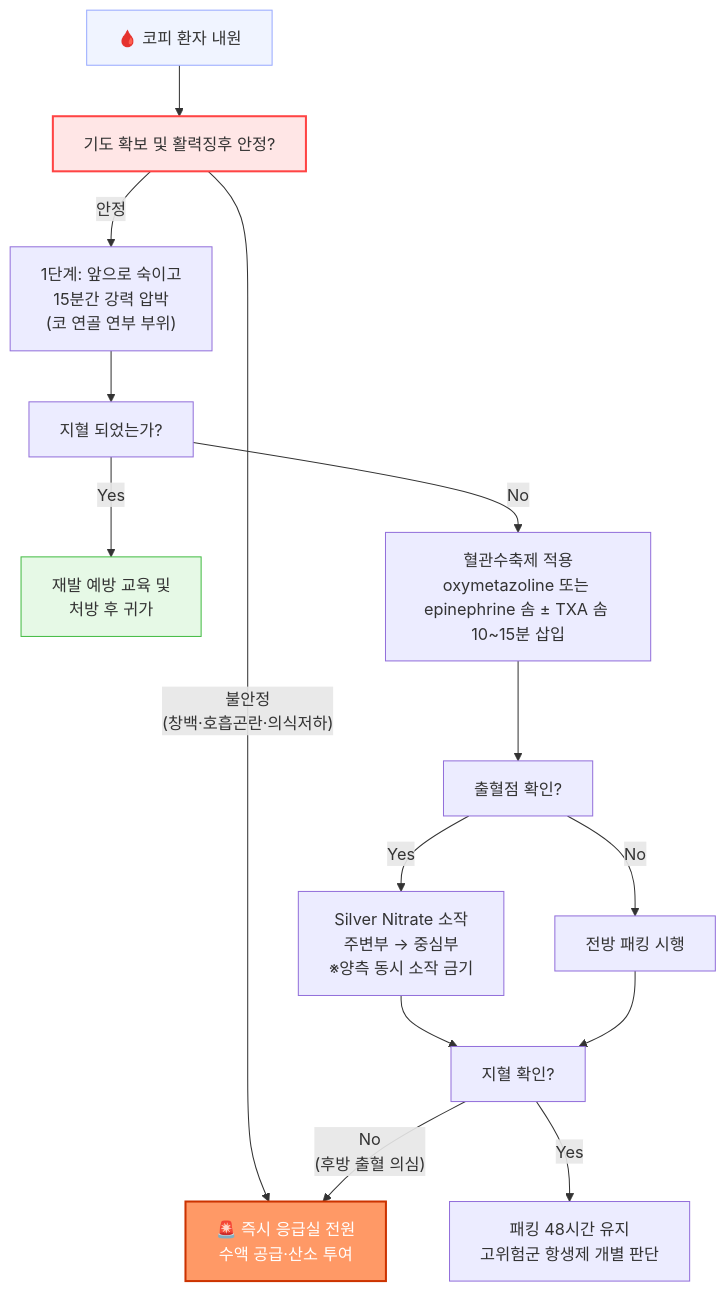
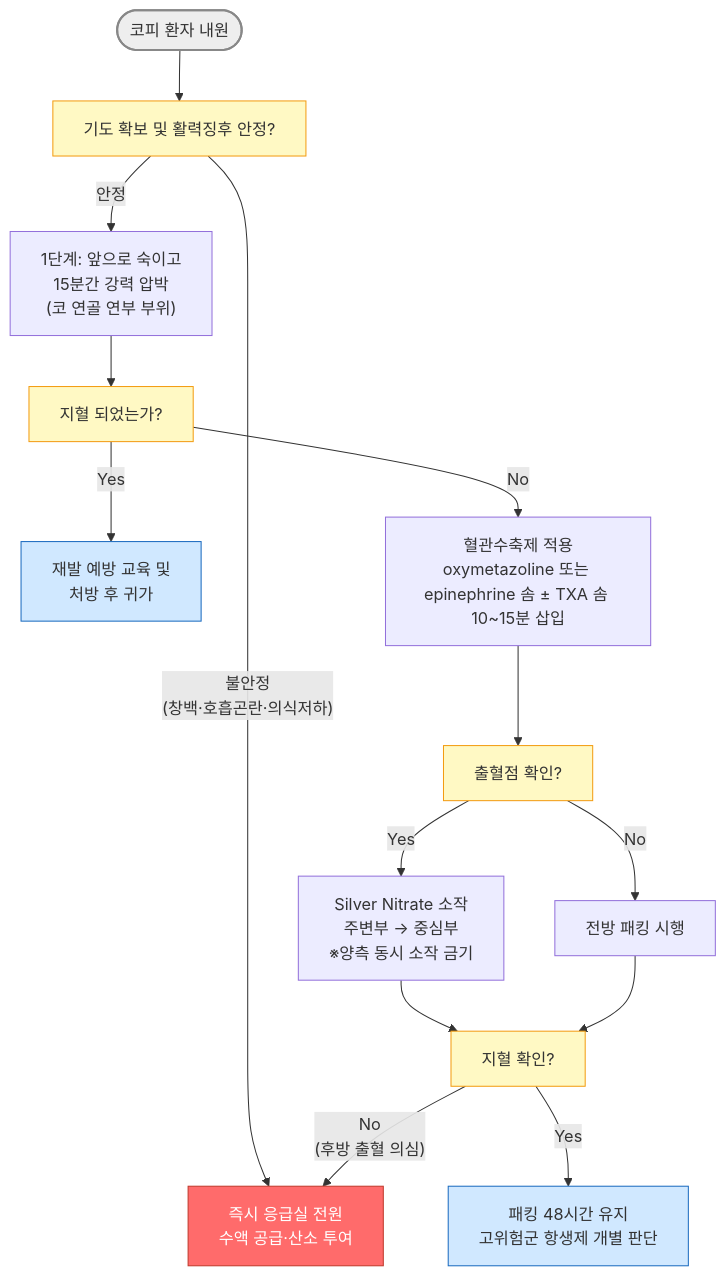
One commit to familyoh77/familyoh77 changed the diagram in 222_/050_-epistaxis.md. Above: the diagram before and after it, drawn with Mermaid. The commit also changed other lines of this file, not shown here.

Commit message:
GITBOOK-775: No subject

````diff
--- a/222_/050_-epistaxis.md
+++ b/222_/050_-epistaxis.md
@@ -188,29 +188,30 @@
 ```mermaid
 graph TD
-    A["🩸 코피 환자 내원"] --> B["기도 확보 및 활력징후 안정?"] 
+    A(["코피 환자 내원"]) --> B["기도 확보 및 활력징후 안정?"] 
     B -- "불안정
-    (창백·호흡곤란·의식저하)" --> C["🚨 즉시 응급실 전원
-    수액 공급·산소 투여"]
+    (창백·호흡곤란·의식저하)" --> C["즉시 응급실 전원<br/>수액 공급·산소 투여"]
     B -- "안정" --> D["1단계: 앞으로 숙이고 
     15분간 강력 압박
     (코 연골 연부 부위)"]
     D --> E["지혈 되었는가?"]
     E -- "Yes" --> F["재발 예방 교육 및 
     처방 후 귀가"]
     E -- "No" --> G["혈관수축제 적용\noxymetazoline 또는 epinephrine 솜 ± TXA 솜 10~15분 삽입"]
     G --> H["출혈점 확인?"]
     H -- "Yes" --> I["Silver Nitrate 소작
     주변부 → 중심부
     ※양측 동시 소작 금기"]
     H -- "No" --> J["전방 패킹 시행"]
     I --> J2["지혈 확인?"]
     J --> J2
     J2 -- "Yes" --> K["패킹 48시간 유지
     고위험군 항생제 개별 판단"]
     J2 -- "No\n(후방 출혈 의심)" --> C
 
-    style A fill:#f0f4ff,stroke:#99aaff
-    style B fill:#ffe6e6,stroke:#ff4444,stroke-width:2px
-    style C fill:#ff9966,stroke:#cc3300,stroke-width:2px,color:#fff
-    style F fill:#e6f9e6,stroke:#44bb44
+    style A fill:#eeeeee,stroke:#888888,stroke-width:2px
+    style C fill:#ff6b6b,stroke:#c0392b,color:#fff
+    style F fill:#d0e8ff,stroke:#1a6abf
+    style K fill:#d0e8ff,stroke:#1a6abf    
+    classDef yellow fill:#fff9c4,stroke:#f39c12
+    class B,E,H,J2 yellow
 ```
````
